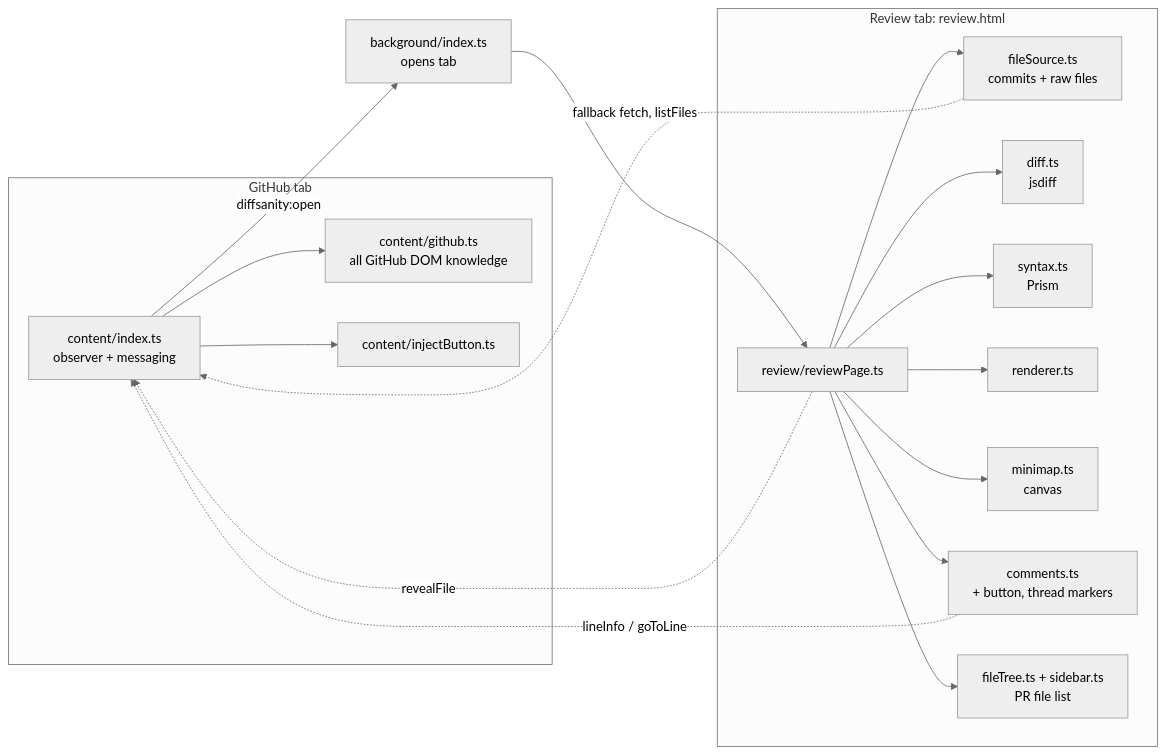
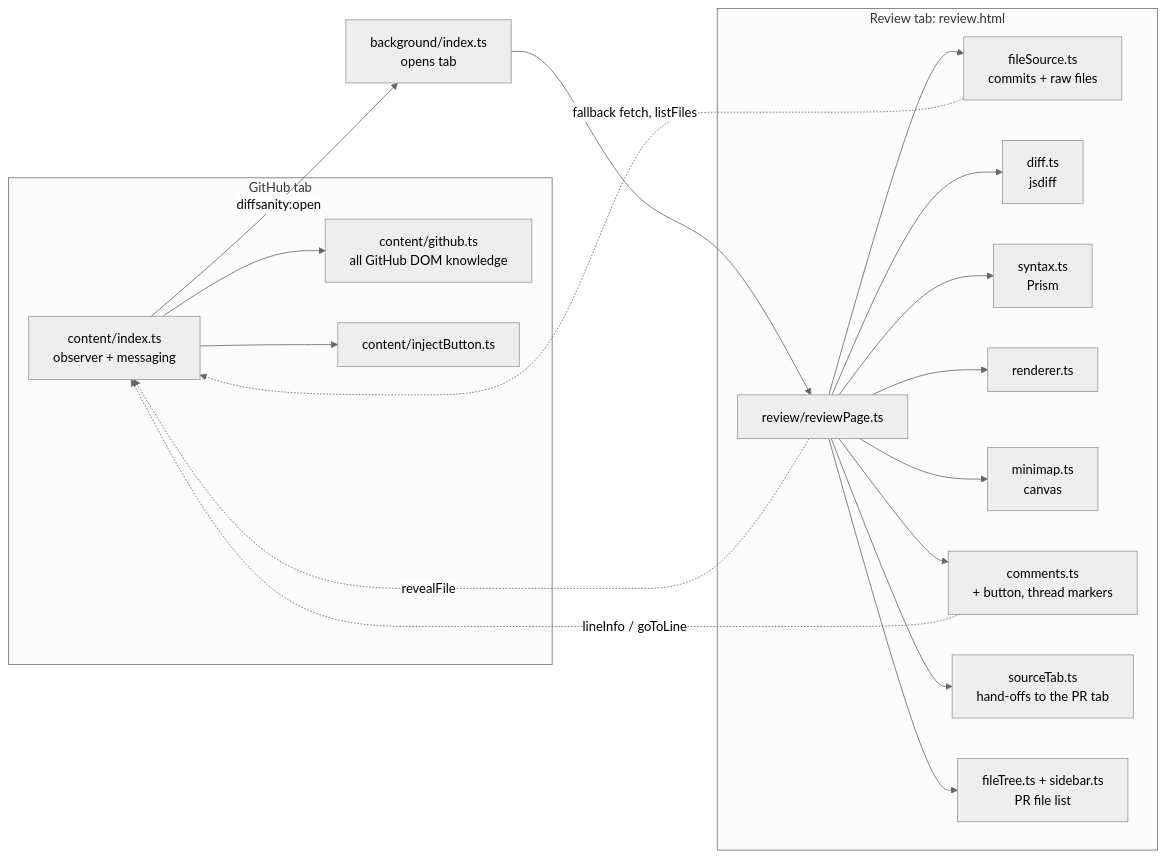
One commit to zubeirom/DiffSanity changed the diagram in README.md. Above: the diagram before and after it, drawn with Mermaid (neutral theme). The commit also changed other lines of this file and 16 other files, not shown here.

````diff
--- a/README.md
+++ b/README.md
@@ -59,21 +60,22 @@
 ```mermaid
 flowchart LR
   subgraph GitHub tab
     C[content/index.ts<br/>observer + messaging] --> G[content/github.ts<br/>all GitHub DOM knowledge]
     C --> B[content/injectButton.ts]
   end
   C -- diffsanity:open --> W[background/index.ts<br/>opens tab]
   W --> R
   subgraph Review tab: review.html
     R[review/reviewPage.ts] --> F[fileSource.ts<br/>commits + raw files]
     R --> D[diff.ts<br/>jsdiff]
     R --> S[syntax.ts<br/>Prism]
     R --> X[renderer.ts]
     R --> M[minimap.ts<br/>canvas]
     R --> K[comments.ts<br/>+ button, thread markers]
+    R --> A[sourceTab.ts<br/>hand-offs to the PR tab]
     R --> T[fileTree.ts + sidebar.ts<br/>PR file list]
   end
   F -. fallback fetch, listFiles .-> C
   K -. lineInfo / goToLine .-> C
   R -. revealFile .-> C
 ```
````
